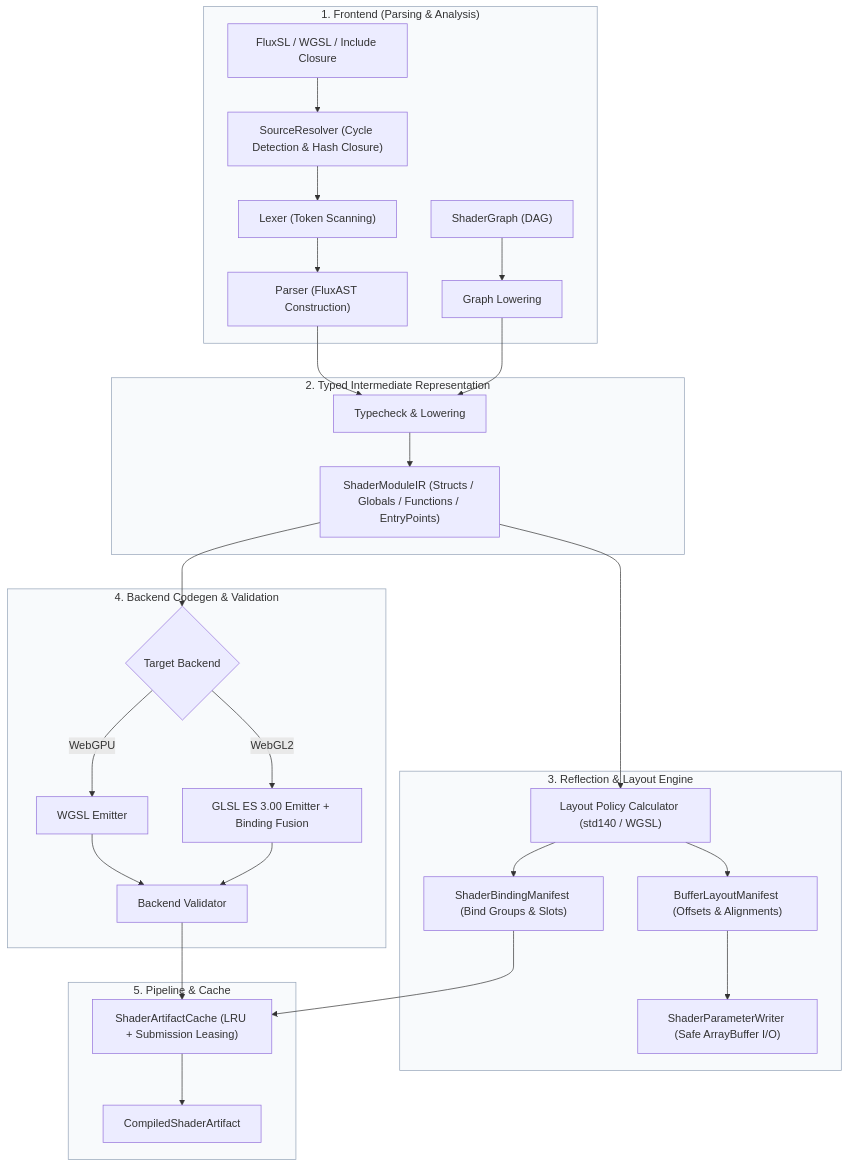
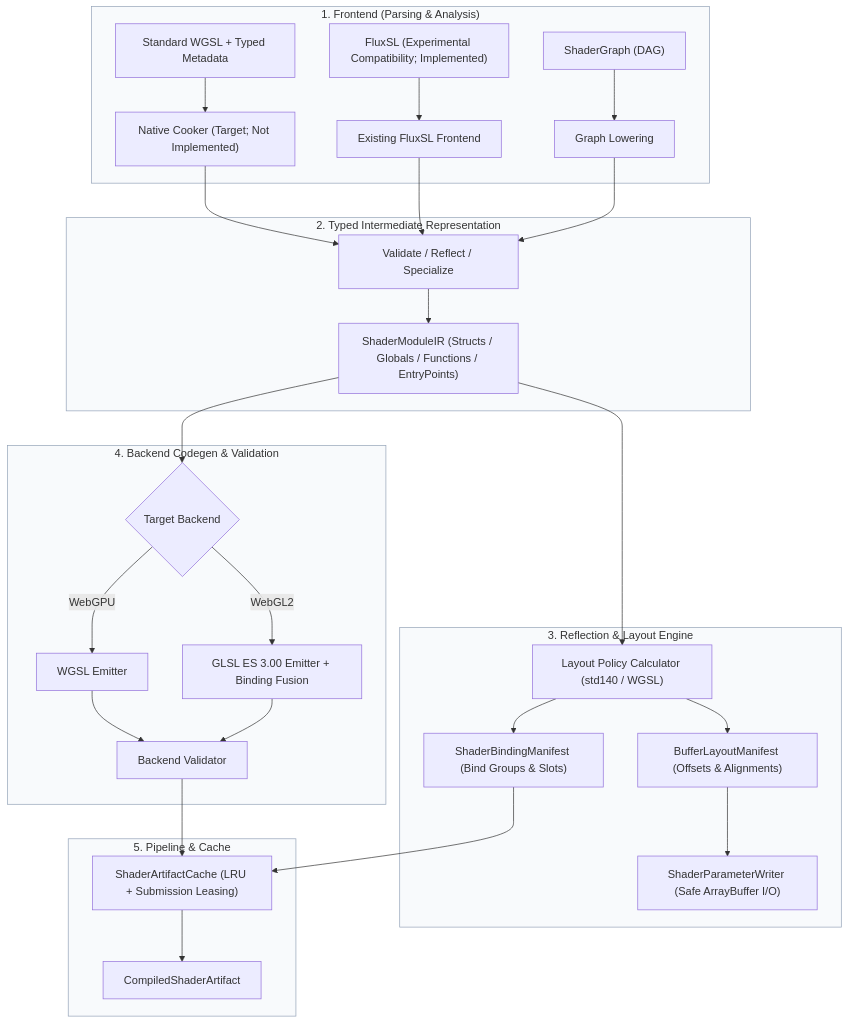
One commit to GeoLibra/AetherEngine changed the diagram in src/shader/README.md. Above: the diagram before and after it, drawn with Mermaid. The commit also changed other lines of this file, not shown here.

Commit message:
docs(shader): make WGSL the production authoring contract

````diff
--- a/src/shader/README.md
+++ b/src/shader/README.md
@@ -39,39 +40,39 @@
 ```mermaid
 flowchart TD
     subgraph Frontend ["1. Frontend (Parsing & Analysis)"]
-        Src["FluxSL / WGSL / Include Closure"] --> Res["SourceResolver (Cycle Detection & Hash Closure)"]
-        Res --> Lex["Lexer (Token Scanning)"]
-        Lex --> Parse["Parser (FluxAST Construction)"]
+        Src["Standard WGSL + Typed Metadata"] --> NativeCook["Native Cooker (Target; Not Implemented)"]
+        Flux["FluxSL (Experimental Compatibility; Implemented)"] --> Existing["Existing FluxSL Frontend"]
         Graph["ShaderGraph (DAG)"] --> GraphLower["Graph Lowering"]
     end
 
     subgraph IR_Stage ["2. Typed Intermediate Representation"]
-        Parse --> TC["Typecheck & Lowering"]
+        NativeCook --> TC["Validate / Reflect / Specialize"]
+        Existing --> TC
         GraphLower --> TC
         TC --> IR["ShaderModuleIR (Structs / Globals / Functions / EntryPoints)"]
     end
 
     subgraph Layout_Stage ["3. Reflection & Layout Engine"]
         IR --> LayoutEng["Layout Policy Calculator (std140 / WGSL)"]
         LayoutEng --> BindingMan["ShaderBindingManifest (Bind Groups & Slots)"]
         LayoutEng --> BufferMan["BufferLayoutManifest (Offsets & Alignments)"]
         BufferMan --> Writer["ShaderParameterWriter (Safe ArrayBuffer I/O)"]
     end
 
     subgraph Backend_Stage ["4. Backend Codegen & Validation"]
         IR --> EmitterSelect{"Target Backend"}
         EmitterSelect -->|WebGPU| WGSLEmit["WGSL Emitter"]
         EmitterSelect -->|WebGL2| GLSLEmit["GLSL ES 3.00 Emitter + Binding Fusion"]
         WGSLEmit --> Val["Backend Validator"]
         GLSLEmit --> Val
     end
 
     subgraph Pipeline_Stage ["5. Pipeline & Cache"]
         Val --> Cache["ShaderArtifactCache (LRU + Submission Leasing)"]
         BindingMan --> Cache
         Cache --> Artifact["CompiledShaderArtifact"]
     end
 
     classDef stage fill:#f8fafc,stroke:#94a3b8,stroke-width:1px;
     class Frontend,IR_Stage,Layout_Stage,Backend_Stage,Pipeline_Stage stage;
 ```
````
